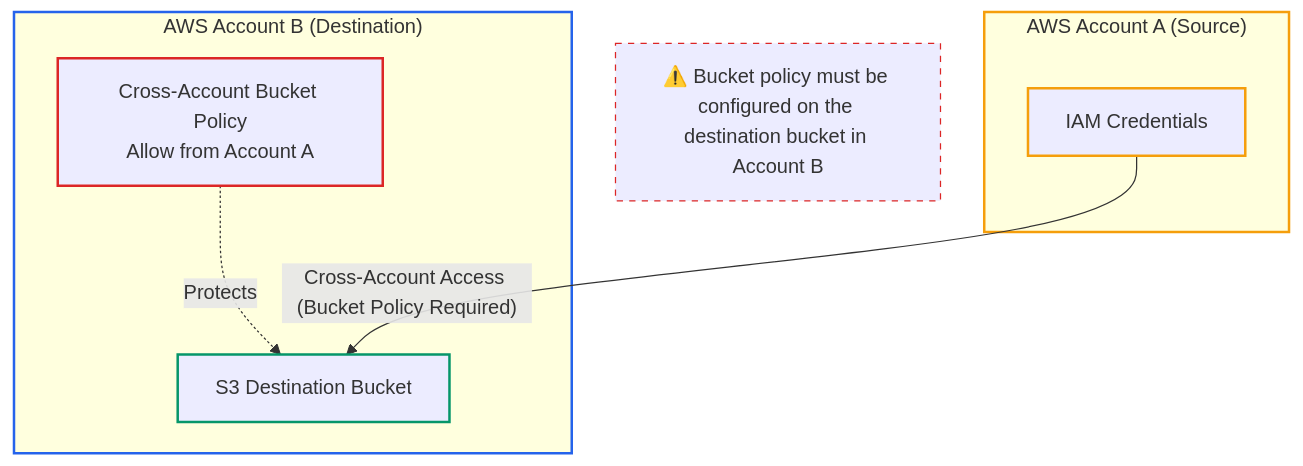
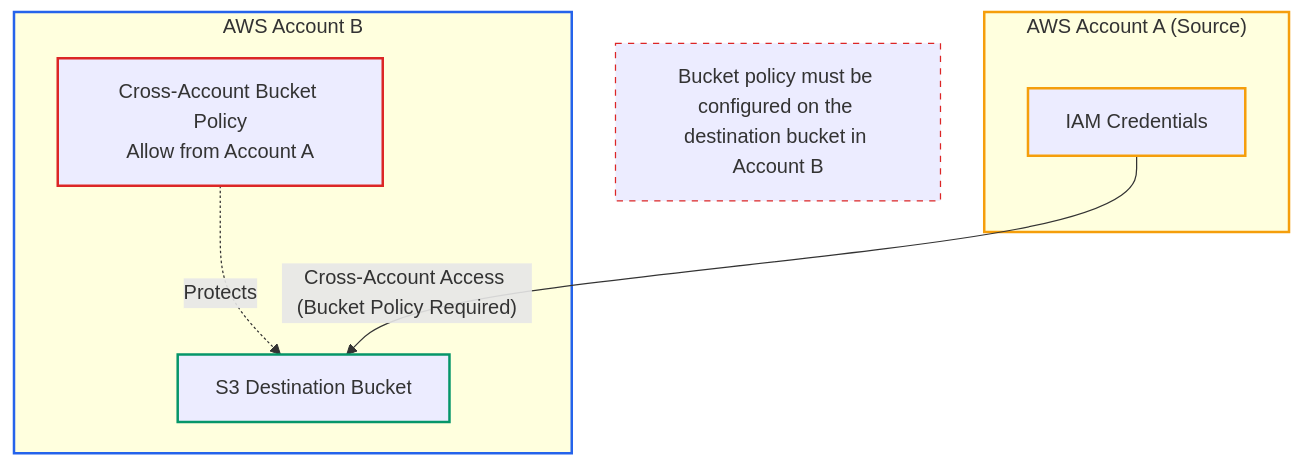
The second of 3 diagrams in docs/tutorials/prowler-app-s3-integration.md (prowler-cloud/prowler), drawn with Mermaid before and after one commit. The commit also changed other lines of this file, not shown here.

````diff
--- a/docs/tutorials/prowler-app-s3-integration.md
+++ b/docs/tutorials/prowler-app-s3-integration.md
@@ -143,24 +143,24 @@
 ```mermaid
 graph TB
     subgraph AccountA["AWS Account A (Source)"]
         RoleA["IAM Credentials"]
     end
 
-    subgraph AccountB["AWS Account B (Destination)"]
+    subgraph AccountB["AWS Account B"]
         BucketB["S3 Destination Bucket"]
         PolicyB["Cross-Account Bucket Policy<br/>Allow from Account A"]
 
         PolicyB -.->|"Protects"| BucketB
     end
 
     RoleA -->|"Cross-Account Access (Bucket Policy Required)"| BucketB
 
-    Warning["⚠️ Bucket policy must be configured on the destination bucket in Account B"]
+    Warning["Bucket policy must be configured on the destination bucket in Account B"]
 
     style AccountA stroke:#f59e0b,stroke-width:2px
     style AccountB stroke:#2563eb,stroke-width:2px
     style RoleA stroke:#f59e0b,stroke-width:2px
     style BucketB stroke:#059669,stroke-width:2px
     style PolicyB stroke:#dc2626,stroke-width:2px
     style Warning stroke:#dc2626,stroke-width:1px,stroke-dasharray: 5 5
 ```
````
